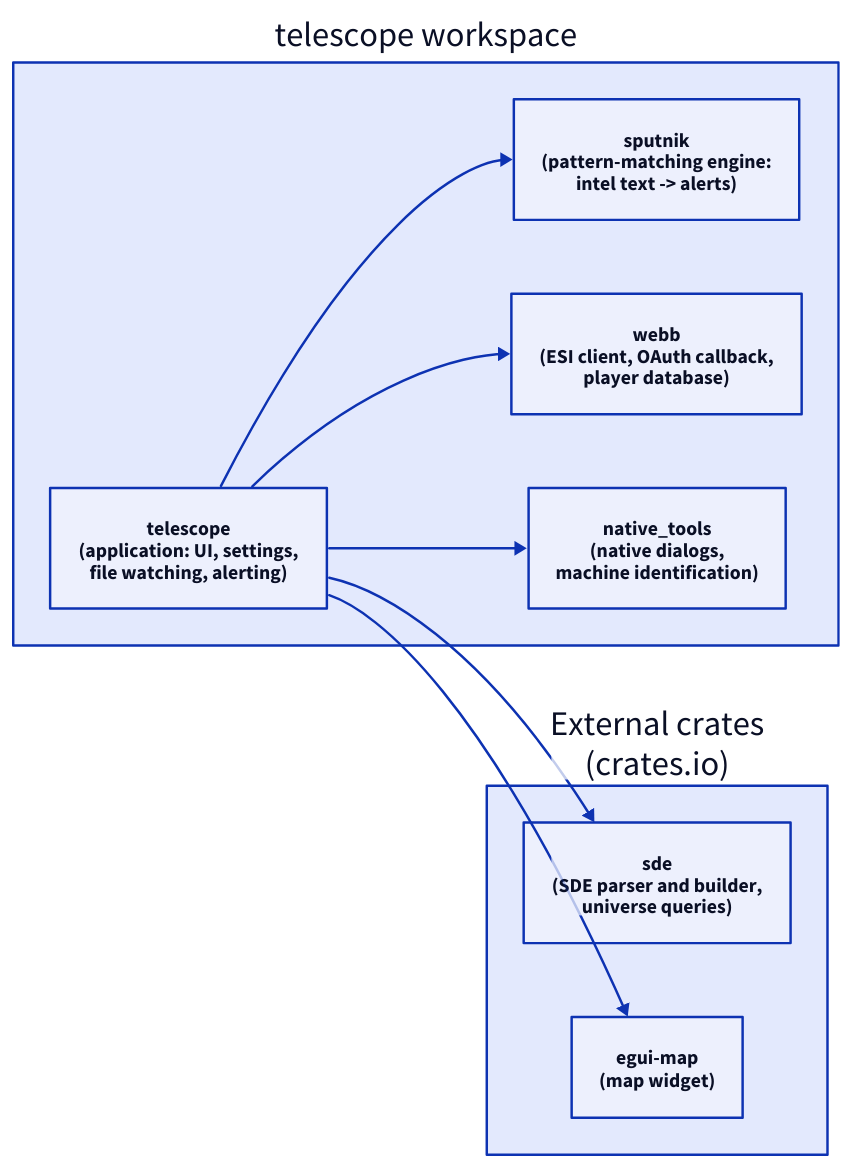
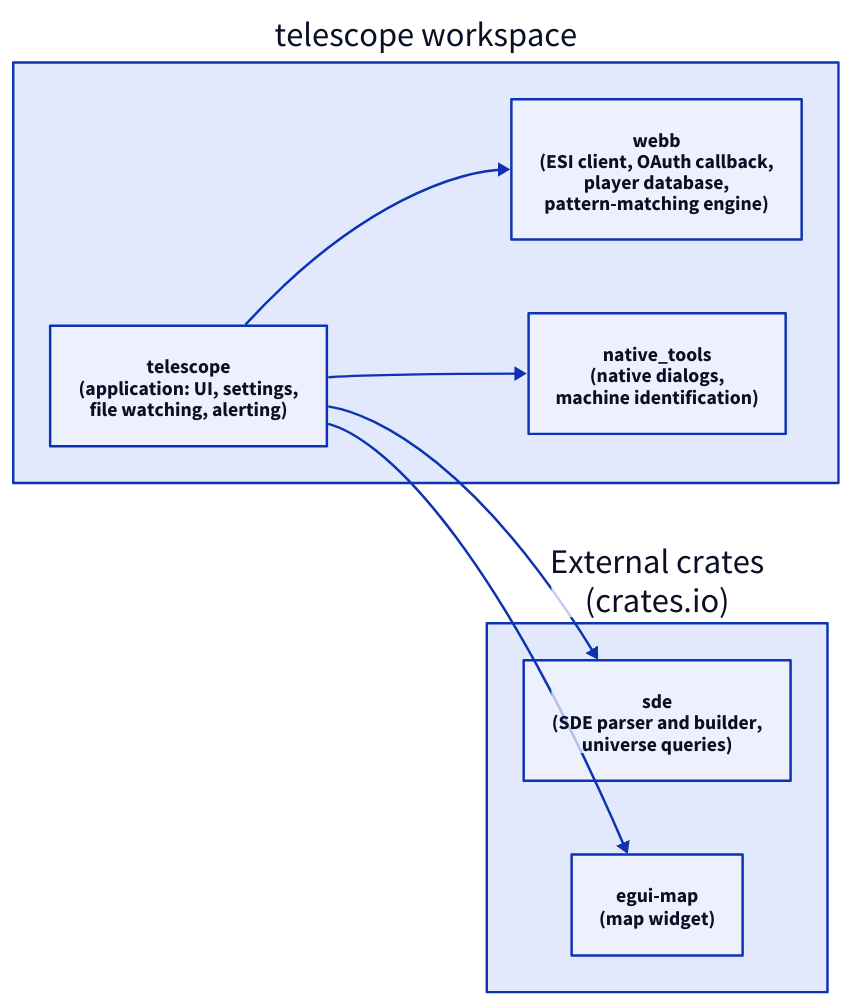
One commit to rafaga/telescope changed the diagram in docs/architecture/crates.d2. Above: the diagram before and after it, drawn with D2. The commit also changed 27 other files, not shown here.

Commit message:
phase 1 - migrate code from sputnik to webb

```diff
--- a/docs/architecture/crates.d2
+++ b/docs/architecture/crates.d2
@@ -1,19 +1,17 @@
 direction: right
 
 workspace: "telescope workspace" {
   telescope: "telescope\n(application: UI, settings,\nfile watching, alerting)"
-  sputnik: "sputnik\n(pattern-matching engine:\nintel text -> alerts)"
-  webb: "webb\n(ESI client, OAuth callback,\nplayer database)"
+  webb: "webb\n(ESI client, OAuth callback,\nplayer database,\npattern-matching engine)"
   native_tools: "native_tools\n(native dialogs,\nmachine identification)"
 }
 
 siblings: "External crates\n(crates.io)" {
   sde: "sde\n(SDE parser and builder,\nuniverse queries)"
   egui-map: "egui-map\n(map widget)"
 }
 
-workspace.telescope -> workspace.sputnik
 workspace.telescope -> workspace.webb
 workspace.telescope -> workspace.native_tools
 workspace.telescope -> siblings.sde
 workspace.telescope -> siblings.egui-map
```
